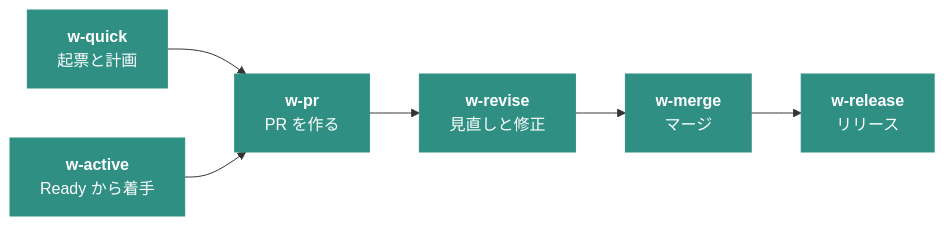
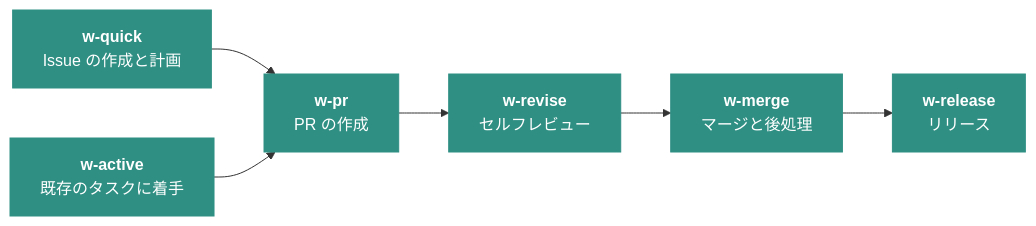
Before and after one commit to pecotcraft/pecot: the diagram in README.md, drawn with Mermaid. The commit also changed other lines of this file, not shown here.

````diff
--- a/README.md
+++ b/README.md
@@ -65,10 +71,10 @@
 ```mermaid
 flowchart LR
-  quick["<b>w-quick</b><br>起票と計画"] --> pr["<b>w-pr</b><br>PR を作る"]
-  active["<b>w-active</b><br>Ready から着手"] --> pr
-  pr --> revise["<b>w-revise</b><br>見直しと修正"]
-  revise --> merge["<b>w-merge</b><br>マージ"]
+  quick["<b>w-quick</b><br>Issue の作成と計画"] --> pr["<b>w-pr</b><br>PR の作成"]
+  active["<b>w-active</b><br>既存のタスクに着手"] --> pr
+  pr --> revise["<b>w-revise</b><br>セルフレビュー"]
+  revise --> merge["<b>w-merge</b><br>マージと後処理"]
   merge --> release["<b>w-release</b><br>リリース"]
   classDef step fill:#2F8F83,stroke:#2F8F83,color:#ffffff
   class quick,active,pr,revise,merge,release step
 ```
````
